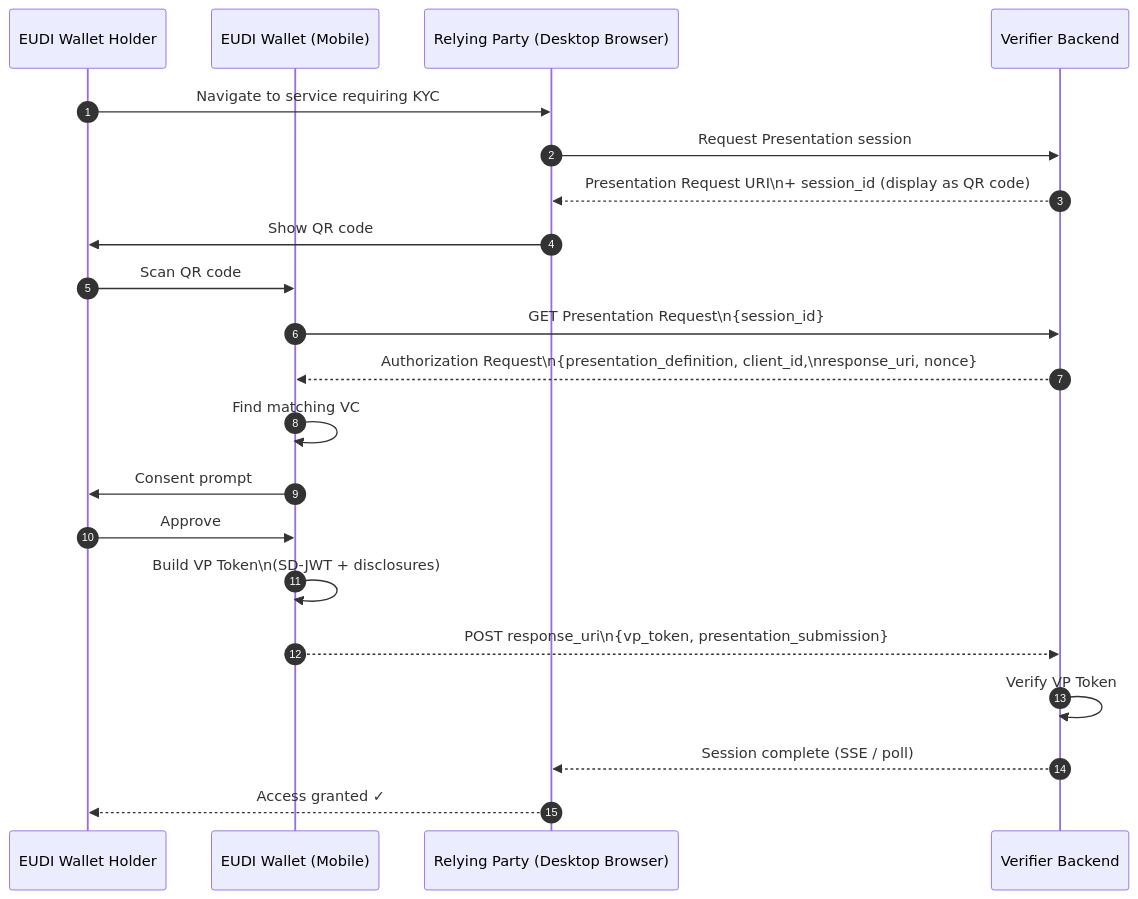
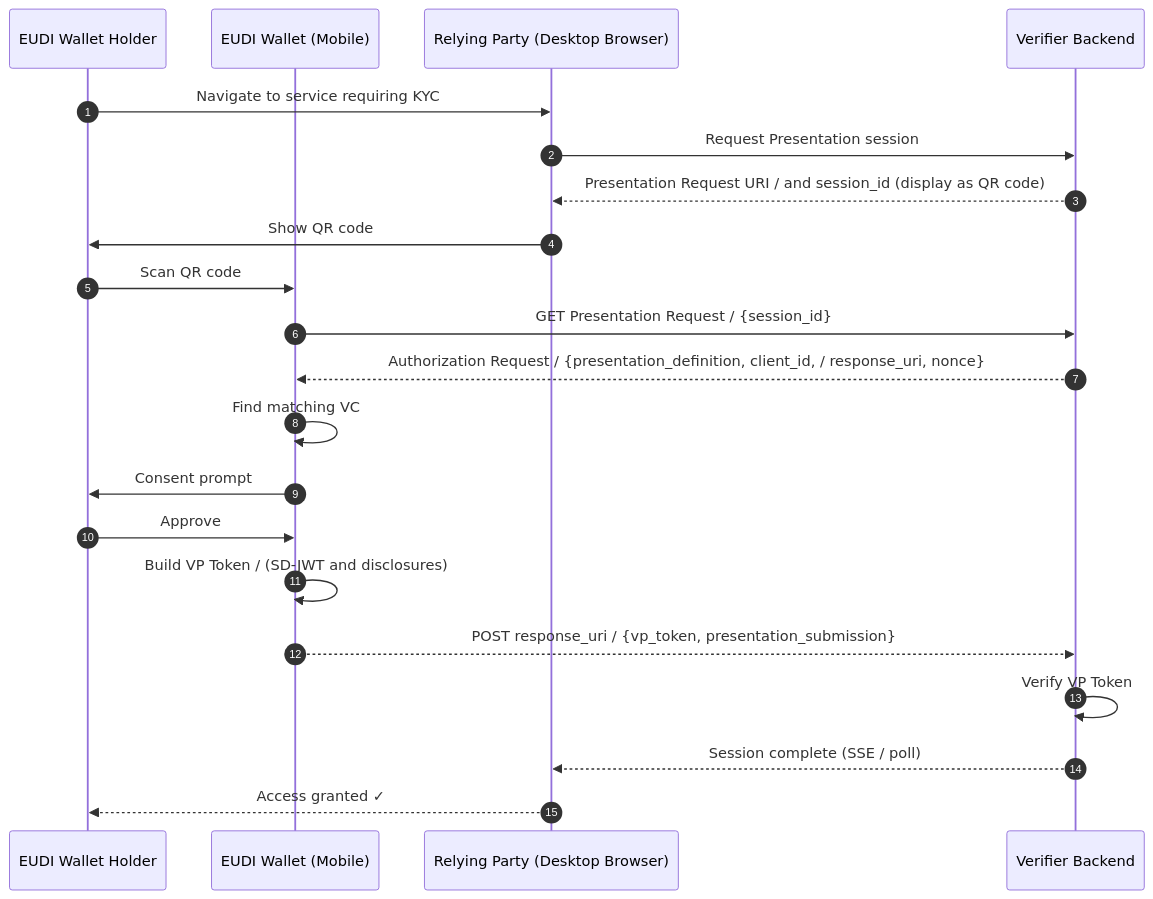
Before and after one commit to Lazy-Jack-Ltd/OpenKYCAML: the fifth of 8 diagrams in docs/diagrams/eidas-sequence-diagrams.md, drawn with Mermaid. The commit also changed other lines of this file and 2 other files, not shown here.

Commit message:
feat: update sequence diagrams for eIDAS and Travel Rule — improve clarity and consistency in Mermaid syntax

````diff
--- a/docs/diagrams/eidas-sequence-diagrams.md
+++ b/docs/diagrams/eidas-sequence-diagrams.md
@@ -137,24 +137,24 @@
 ```mermaid
 sequenceDiagram
     autonumber
     participant Holder as EUDI Wallet Holder
     participant Mobile as EUDI Wallet (Mobile)
     participant Desktop as Relying Party (Desktop Browser)
     participant Verifier as Verifier Backend
 
     Holder->>Desktop: Navigate to service requiring KYC
     Desktop->>Verifier: Request Presentation session
-    Verifier-->>Desktop: Presentation Request URI\n+ session_id (display as QR code)
+    Verifier-->>Desktop: Presentation Request URI / and session_id (display as QR code)
     Desktop->>Holder: Show QR code
     Holder->>Mobile: Scan QR code
-    Mobile->>Verifier: GET Presentation Request\n{session_id}
-    Verifier-->>Mobile: Authorization Request\n{presentation_definition, client_id,\nresponse_uri, nonce}
+    Mobile->>Verifier: GET Presentation Request / {session_id}
+    Verifier-->>Mobile: Authorization Request / {presentation_definition, client_id, / response_uri, nonce}
     Mobile->>Mobile: Find matching VC
     Mobile->>Holder: Consent prompt
     Holder->>Mobile: Approve
-    Mobile->>Mobile: Build VP Token\n(SD-JWT + disclosures)
-    Mobile-->>Verifier: POST response_uri\n{vp_token, presentation_submission}
+    Mobile->>Mobile: Build VP Token / (SD-JWT and disclosures)
+    Mobile-->>Verifier: POST response_uri / {vp_token, presentation_submission}
     Verifier->>Verifier: Verify VP Token
     Verifier-->>Desktop: Session complete (SSE / poll)
     Desktop-->>Holder: Access granted ✓
 ```
````
